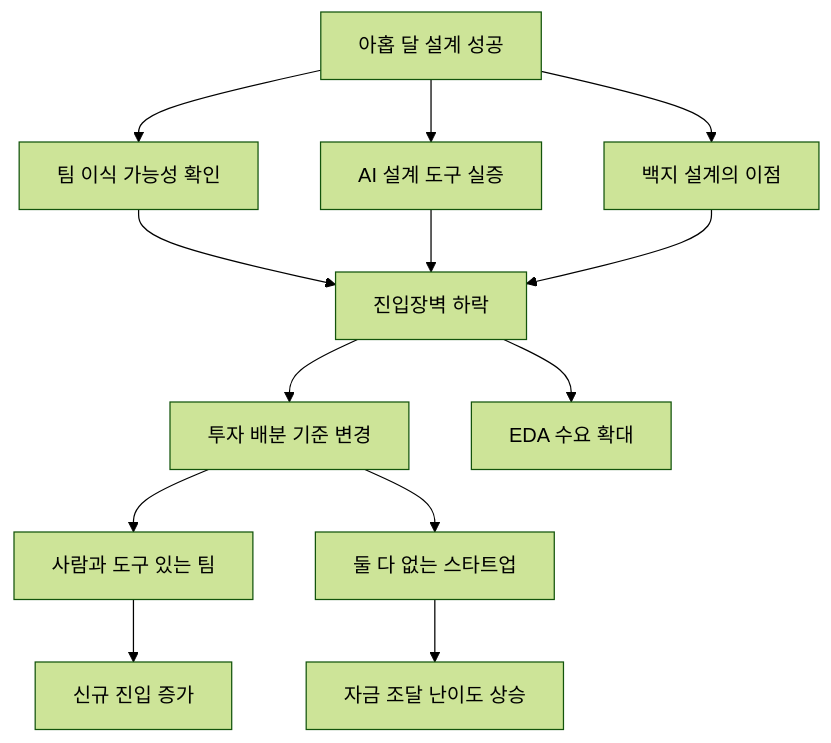
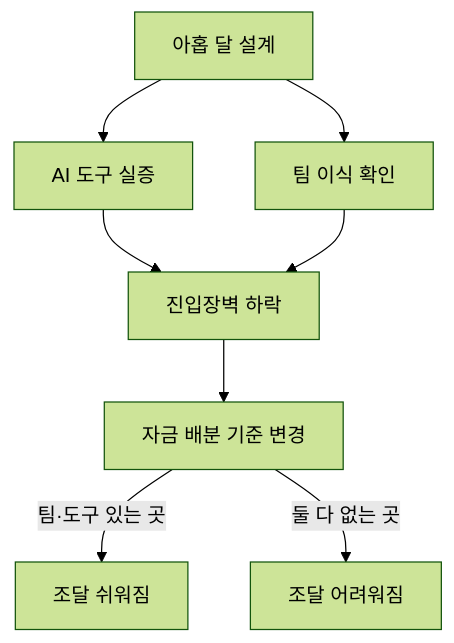
One commit to yohan4477/semi-report changed the sixth of 7 diagrams in insights/frames/exp/2026-08-27-openai-jalapeno-strategy-opus.md. Above: the diagram before and after it, drawn with Mermaid (forest theme). The commit also changed other lines of this file and 1 other file, not shown here.

````diff
--- a/insights/frames/exp/2026-08-27-openai-jalapeno-strategy-opus.md
+++ b/insights/frames/exp/2026-08-27-openai-jalapeno-strategy-opus.md
@@ -223,15 +205,10 @@
 ```mermaid
 flowchart TD
-    A["아홉 달 설계 성공"] --> B["팀 이식 가능성 확인"]
-    A --> C["AI 설계 도구 실증"]
-    A --> D["백지 설계의 이점"]
-    B --> E["진입장벽 하락"]
-    C --> E
-    D --> E
-    E --> F["투자 배분 기준 변경"]
-    F --> G["사람과 도구 있는 팀"]
-    F --> H["둘 다 없는 스타트업"]
-    E --> I["EDA 수요 확대"]
-    G --> J["신규 진입 증가"]
-    H --> K["자금 조달 난이도 상승"]
+    A["아홉 달 설계"] --> B["AI 도구 실증"]
+    A --> C["팀 이식 확인"]
+    B --> D["진입장벽 하락"]
+    C --> D
+    D --> E["자금 배분 기준 변경"]
+    E -->|팀·도구 있는 곳| F["조달 쉬워짐"]
+    E -->|둘 다 없는 곳| G["조달 어려워짐"]
 ```
````
